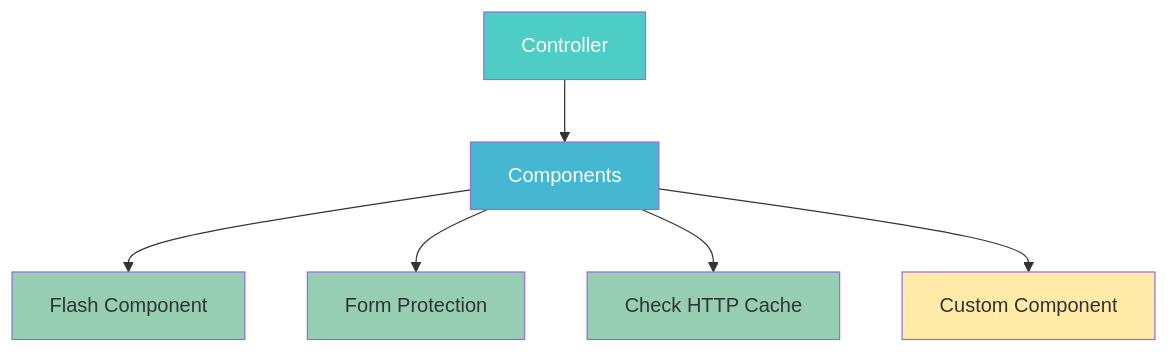
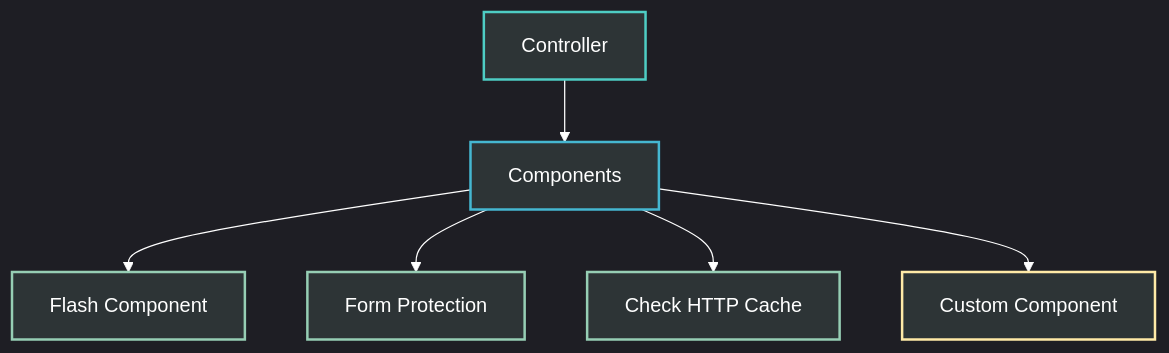
Before and after one commit to abhayraj-ops/Cake-Learn: the first of 8 diagrams in docs/05-components.md, drawn with Mermaid. The commit also changed other lines of this file, not shown here.

Commit message:
Fix Mermaid diagram syntax error in Configuration Methods

````diff
--- a/docs/05-components.md
+++ b/docs/05-components.md
@@ -34,15 +34,16 @@
 ```mermaid
+%%{init: {'theme': 'dark', 'themeVariables': { 'darkMode': true, 'primaryColor': '#4ecdc4', 'primaryTextColor': '#fff', 'primaryBorderColor': '#4ecdc4', 'lineColor': '#ffffff', 'secondaryColor': '#45b7d1', 'tertiaryColor': '#96ceb4'}}}%%
 graph TB
     A[Controller] --> B[Components]
     B --> C[Flash Component]
     B --> D[Form Protection]
     B --> E[Check HTTP Cache]
     B --> F[Custom Component]
     
-    style A fill:#4ecdc4,color:#fff
-    style B fill:#45b7d1,color:#fff
-    style C fill:#96ceb4
-    style D fill:#96ceb4
-    style E fill:#96ceb4
-    style F fill:#ffeaa7
+    style A fill:#2d3436,color:#fff,stroke:#4ecdc4,stroke-width:2px
+    style B fill:#2d3436,color:#fff,stroke:#45b7d1,stroke-width:2px
+    style C fill:#2d3436,color:#fff,stroke:#96ceb4,stroke-width:2px
+    style D fill:#2d3436,color:#fff,stroke:#96ceb4,stroke-width:2px
+    style E fill:#2d3436,color:#fff,stroke:#96ceb4,stroke-width:2px
+    style F fill:#2d3436,color:#fff,stroke:#ffeaa7,stroke-width:2px
 ```
````
